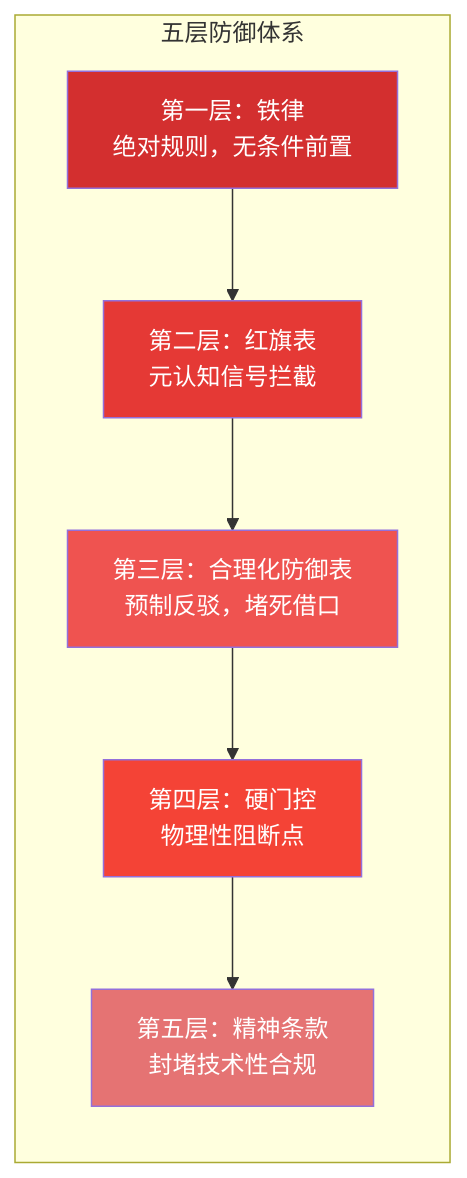
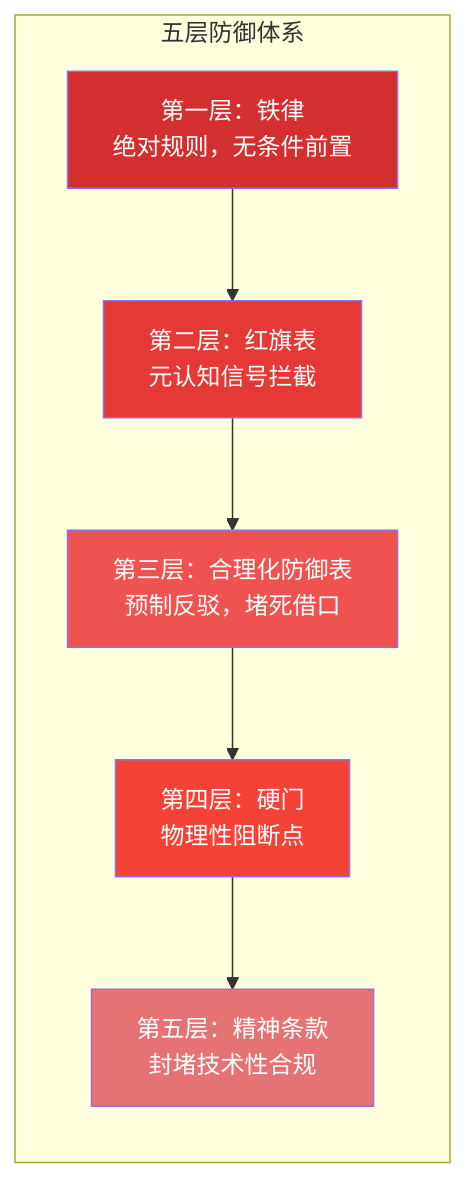
The second of 3 diagrams in docs/zh/05-anti-rationalization.md (yongnianliu/superpowers), drawn with Mermaid before and after one commit. The commit also changed other lines of this file and 12 other files, not shown here.

````diff
--- a/docs/zh/05-anti-rationalization.md
+++ b/docs/zh/05-anti-rationalization.md
@@ -126,19 +133,19 @@
 ```mermaid
 graph TB
     subgraph "五层防御体系"
         direction TB
         O1["第一层：铁律<br/>绝对规则，无条件前置"]
         O2["第二层：红旗表<br/>元认知信号拦截"]
         O3["第三层：合理化防御表<br/>预制反驳，堵死借口"]
-        O4["第四层：硬门控<br/>物理性阻断点"]
+        O4["第四层：硬门<br/>物理性阻断点"]
         O5["第五层：精神条款<br/>封堵技术性合规"]
     end
 
     O1 --> O2 --> O3 --> O4 --> O5
 
     style O1 fill:#D32F2F,color:#fff
     style O2 fill:#E53935,color:#fff
     style O3 fill:#EF5350,color:#fff
     style O4 fill:#F44336,color:#fff
     style O5 fill:#E57373,color:#fff
 ```
````
